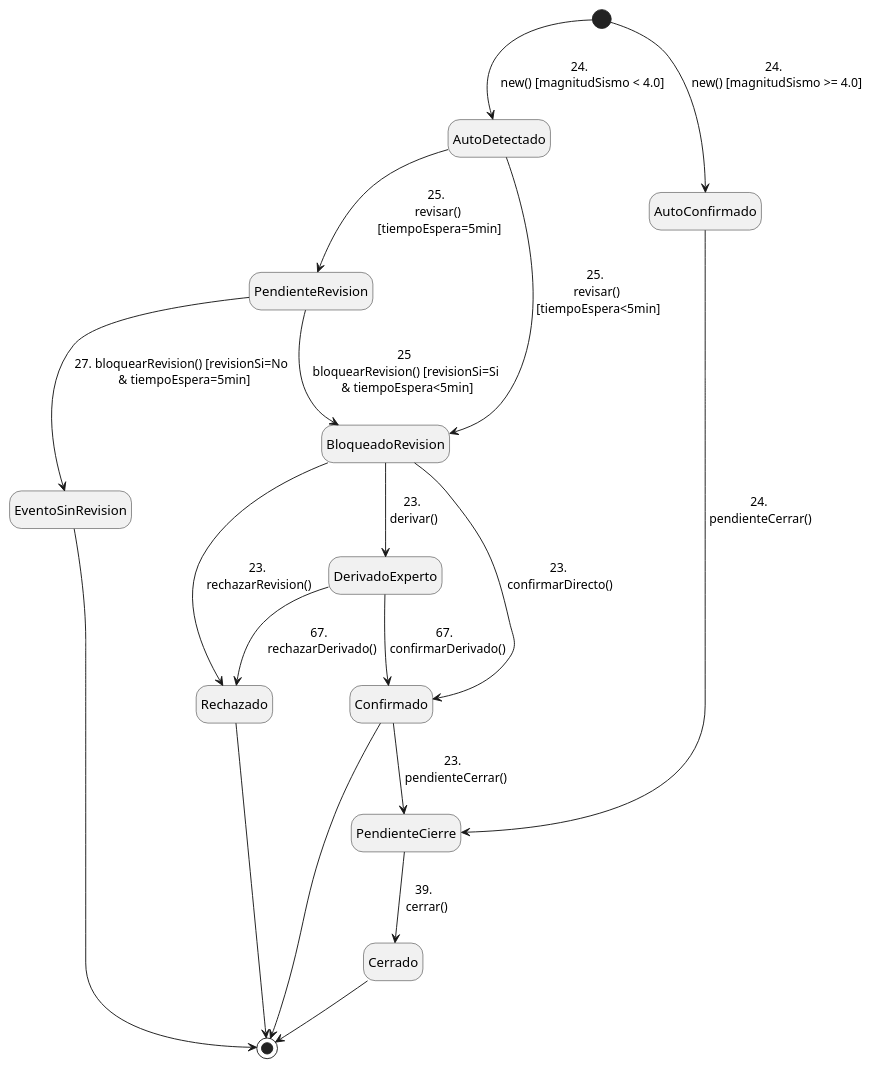
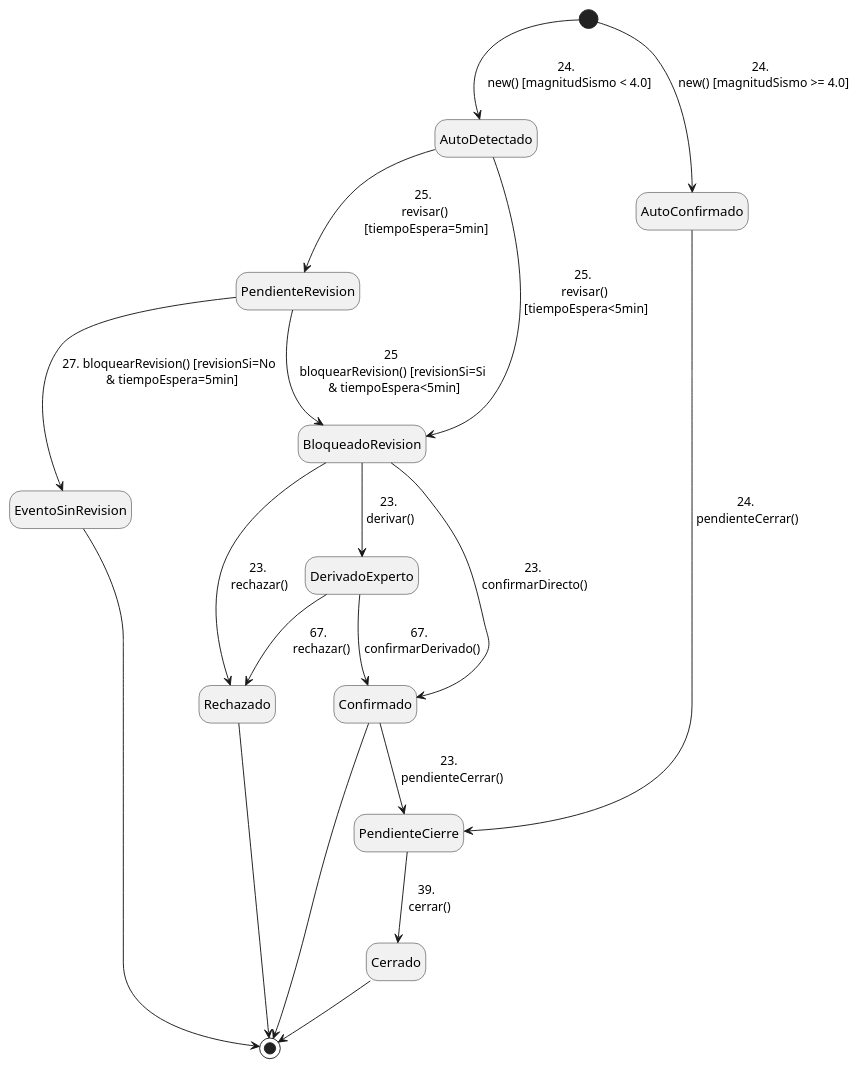
The first of 3 diagrams in diagramas/Diagramas.plantuml (ciggyx/TPI-Grupo7), drawn with PlantUML before and after one commit. The commit also changed other lines of this file, not shown here.

```diff
--- a/diagramas/Diagramas.plantuml
+++ b/diagramas/Diagramas.plantuml
@@ -104,30 +1,30 @@
 @startuml maquinaEstadoEventoSismico
 hide empty description
 'Casos de uso:
 '23: Registrar resultado de revisión manual
 '24: Registrar evento sísmico
 '25: Modificar evento sísmico
 '27: Anular evento sísmico
 '38: Verificar eventos sísmicos auto detectados
 '39: Cerrar evento sísmico
 '67: Registrar resultado de revisión de un evento sismico derivado
 
 [*]-->AutoDetectado : 24. \n new() [magnitudSismo < 4.0]
 [*]-->AutoConfirmado : 24. \n new() [magnitudSismo >= 4.0]
 AutoDetectado-->PendienteRevision :  25. \n revisar() \n [tiempoEspera=5min] 
 PendienteRevision-->BloqueadoRevision: 25 \n bloquearRevision() [revisionSi=Si \n & tiempoEspera<5min]
 PendienteRevision-->EventoSinRevision: 27. bloquearRevision() [revisionSi=No \n & tiempoEspera=5min]
 AutoDetectado --> BloqueadoRevision: 25. \n revisar() \n [tiempoEspera<5min]
 BloqueadoRevision-->Confirmado: 23.\n confirmarDirecto()
-BloqueadoRevision-->Rechazado:  23.\n rechazarRevision()
+BloqueadoRevision-->Rechazado:  23.\n rechazar()
 BloqueadoRevision-->DerivadoExperto:  23.\n derivar()
 DerivadoExperto-->Confirmado: 67. \n confirmarDerivado()
-DerivadoExperto-->Rechazado: 67. \n rechazarDerivado()
+DerivadoExperto-->Rechazado: 67. \n rechazar()
 Confirmado-->PendienteCierre: 23. \n pendienteCerrar()
 AutoConfirmado-->PendienteCierre: 24.\n pendienteCerrar()
 PendienteCierre --> Cerrado: 39. \n cerrar()
 Cerrado --> [*]
 EventoSinRevision --> [*]
 Confirmado --> [*]
 Rechazado --> [*]
 @enduml
```
